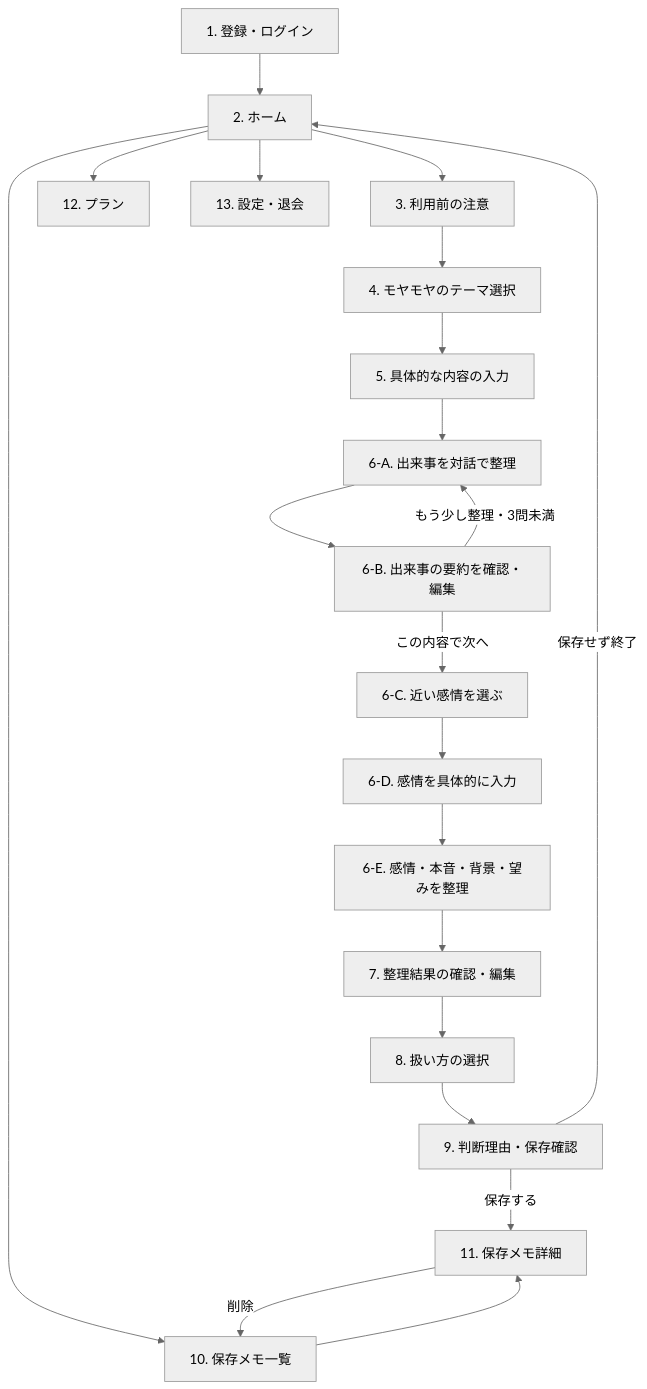
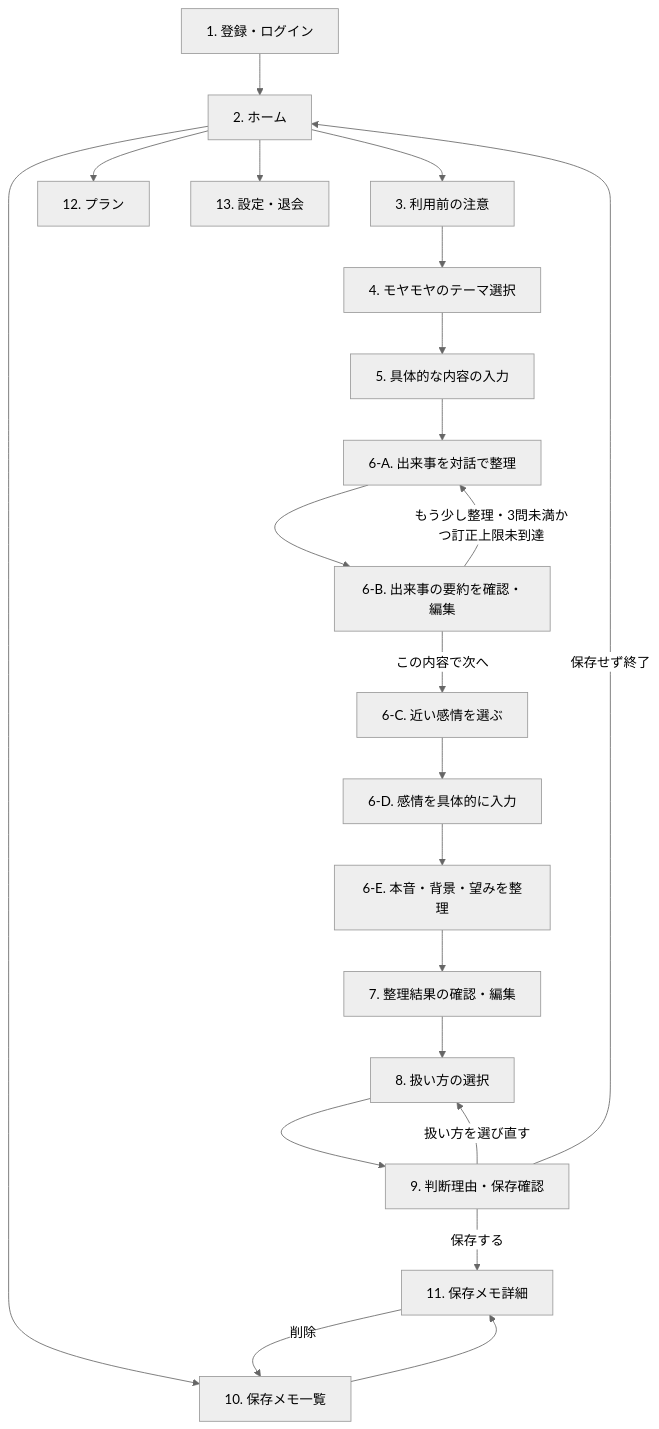
The diagram in issue-review/porori-mvp-wireframes.md (ms-engineer-bc26-05/Section9_TeamD), drawn with Mermaid (neutral theme) before and after one commit. The commit also changed other lines of this file and 17 other files, not shown here.

````diff
--- a/issue-review/porori-mvp-wireframes.md
+++ b/issue-review/porori-mvp-wireframes.md
@@ -47,23 +49,24 @@
 ```mermaid
 flowchart TD
     A[1. 登録・ログイン] --> B[2. ホーム]
     B --> C[3. 利用前の注意]
     C --> D[4. モヤモヤのテーマ選択]
     D --> E[5. 具体的な内容の入力]
     E --> F1[6-A. 出来事を対話で整理]
     F1 --> F2[6-B. 出来事の要約を確認・編集]
     F2 -->|この内容で次へ| F3[6-C. 近い感情を選ぶ]
-    F2 -->|もう少し整理・3問未満| F1
+    F2 -->|もう少し整理・3問未満かつ訂正上限未到達| F1
     F3 --> F4[6-D. 感情を具体的に入力]
-    F4 --> F5[6-E. 感情・本音・背景・望みを整理]
+    F4 --> F5[6-E. 本音・背景・望みを整理]
     F5 --> G[7. 整理結果の確認・編集]
     G --> H[8. 扱い方の選択]
     H --> I[9. 判断理由・保存確認]
+    I -->|扱い方を選び直す| H
     I -->|保存する| K[11. 保存メモ詳細]
     I -->|保存せず終了| B
     B --> J[10. 保存メモ一覧]
     J --> K
     K -->|削除| J
     B --> L[12. プラン]
     B --> M[13. 設定・退会]
 ```
````
